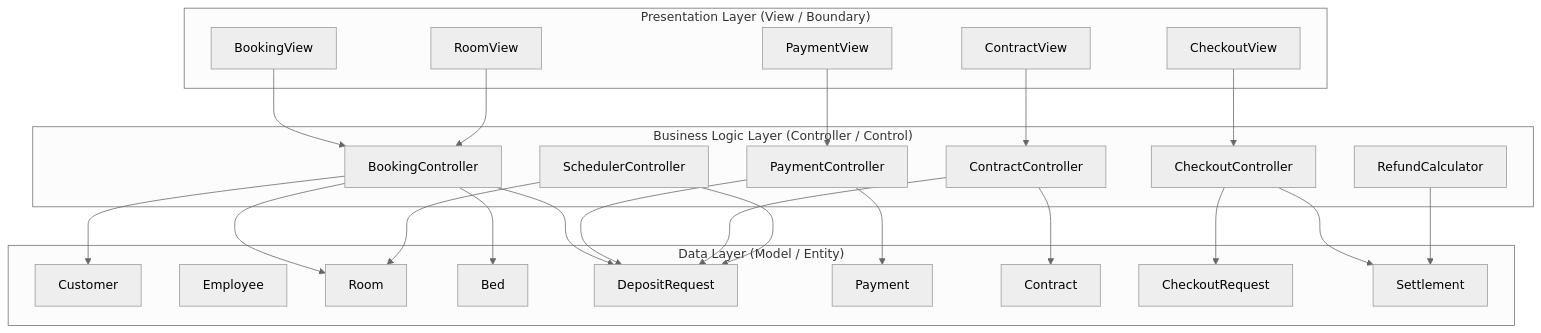
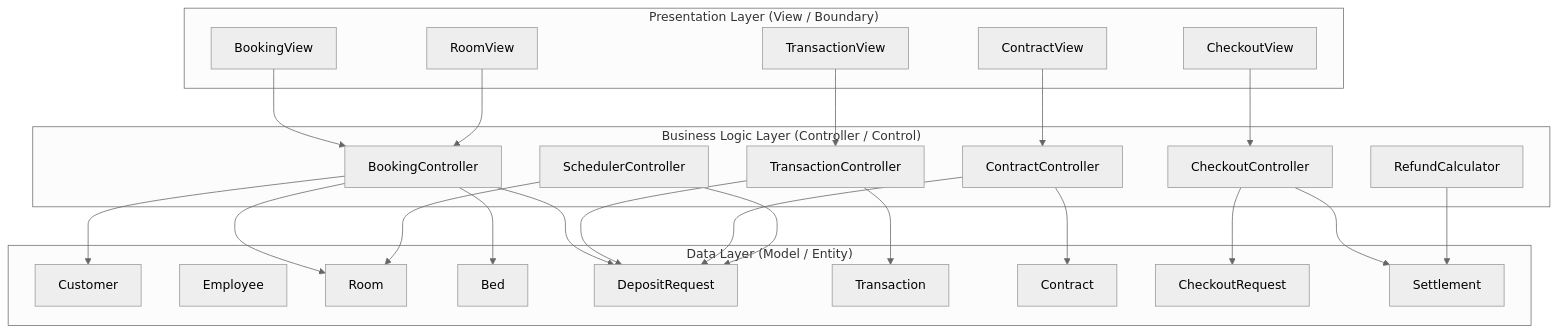
The diagram in docs/architecture/layers.md (dinhdaivu/CSC12004_Information-Systems-Analysis-and-Design), drawn with Mermaid (neutral theme) before and after one commit. The commit also changed other lines of this file and 47 other files, not shown here.

````diff
--- a/docs/architecture/layers.md
+++ b/docs/architecture/layers.md
@@ -7,51 +7,51 @@
 ```mermaid
 graph TB
     subgraph Presentation ["Presentation Layer (View / Boundary)"]
         BV[BookingView]
-        PV[PaymentView]
+        TV[TransactionView]
         CV[ContractView]
         COV[CheckoutView]
         RV[RoomView]
     end
 
     subgraph Business ["Business Logic Layer (Controller / Control)"]
         BC[BookingController]
-        PC[PaymentController]
+        TC[TransactionController]
         CC[ContractController]
         COC[CheckoutController]
         RC[RefundCalculator]
         SC[SchedulerController]
     end
 
     subgraph Data ["Data Layer (Model / Entity)"]
         CU[Customer]
         EM[Employee]
         RO[Room]
         BE[Bed]
         DR[DepositRequest]
-        PA[Payment]
+        TR[Transaction]
         CO[Contract]
         CR[CheckoutRequest]
         SE[Settlement]
     end
 
     BV --> BC
-    PV --> PC
+    TV --> TC
     CV --> CC
     COV --> COC
     RV --> BC
 
     BC --> CU
     BC --> RO
     BC --> BE
     BC --> DR
-    PC --> PA
-    PC --> DR
+    TC --> TR
+    TC --> DR
     CC --> CO
     CC --> DR
     COC --> CR
     COC --> SE
     RC --> SE
     SC --> DR
     SC --> RO
 ```
````
